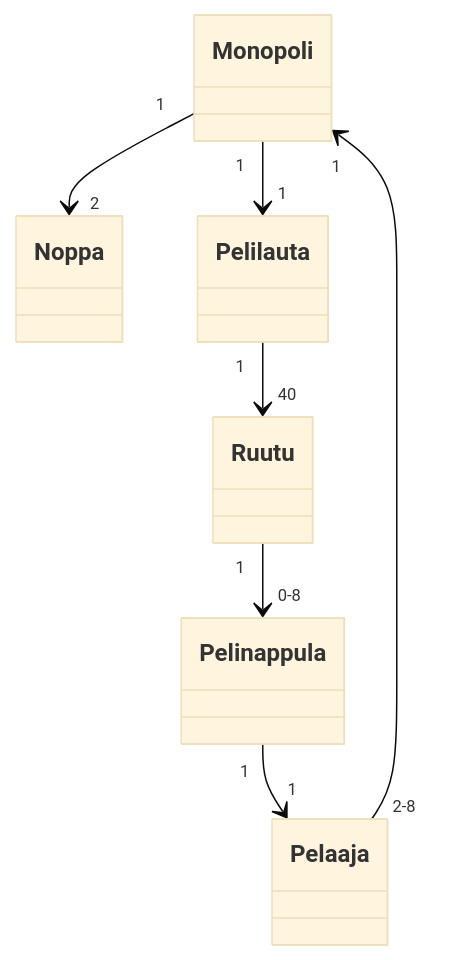
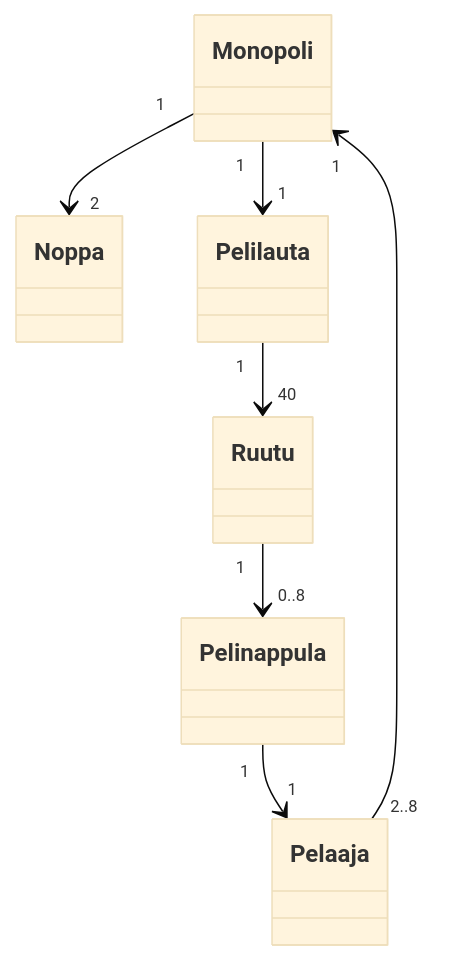
The diagram in laskarit/viikko3/monopoliluokkakaavio.md (sannilatvala/ot-harjoitustyo), drawn with Mermaid (base theme) before and after one commit.

````diff
--- a/laskarit/viikko3/monopoliluokkakaavio.md
+++ b/laskarit/viikko3/monopoliluokkakaavio.md
@@ -1,9 +1,9 @@
 ```mermaid
 classDiagram
 	Monopoli "1" --> "2" Noppa
 	Monopoli "1" --> "1" Pelilauta
 	Pelilauta "1" --> "40" Ruutu
-	Ruutu "1" --> "0-8" Pelinappula
+	Ruutu "1" --> "0..8" Pelinappula
 	Pelinappula "1" --> "1" Pelaaja
-	Pelaaja "2-8" --> "1" Monopoli
+	Pelaaja "2..8" --> "1" Monopoli
 ```
````
